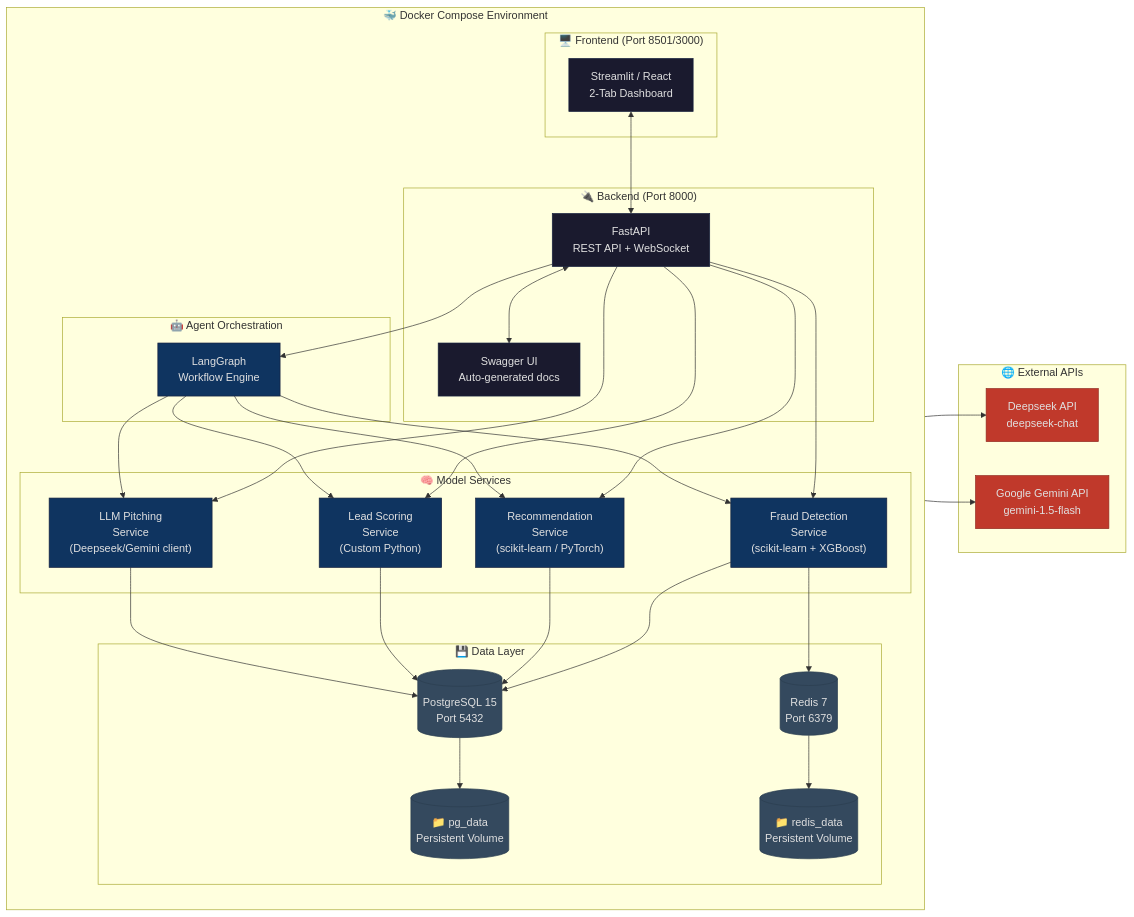
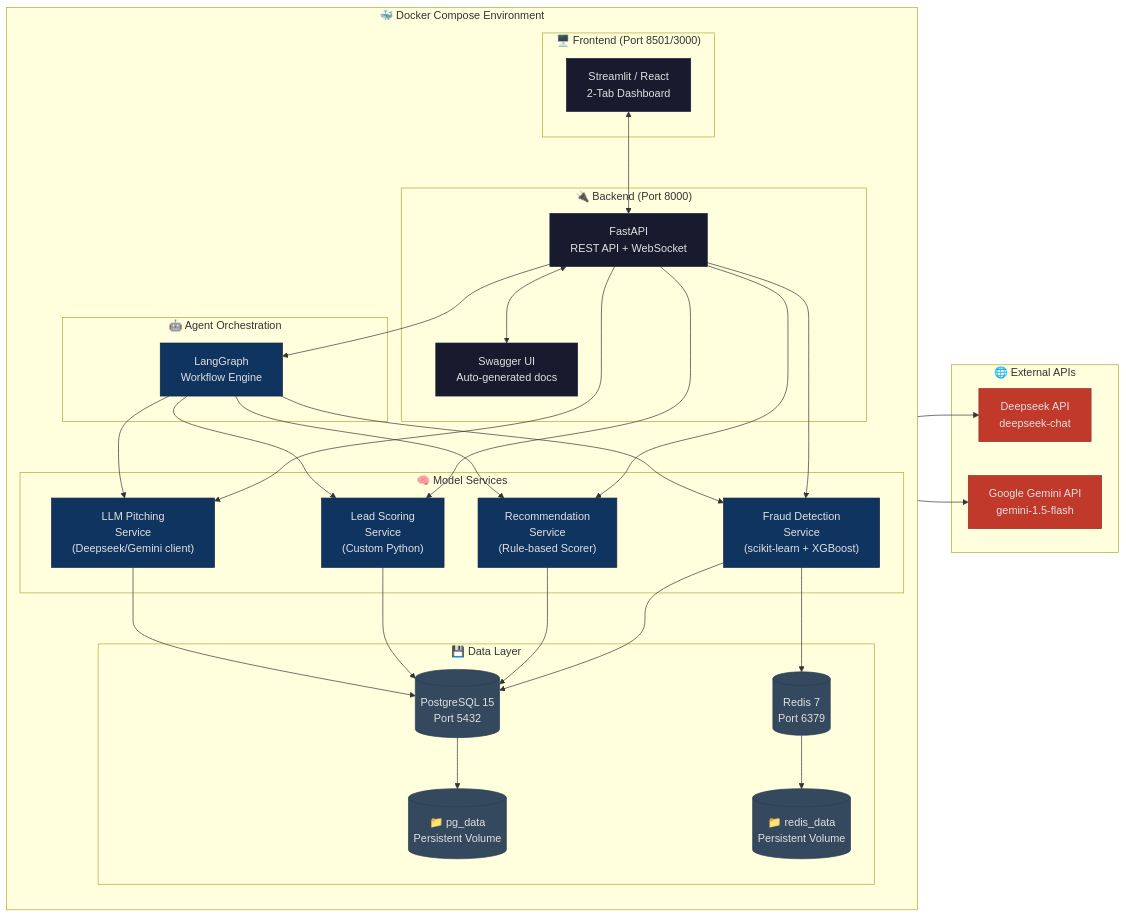
One commit to VietTrQuoc/smart-finance-ai changed the sixth of 7 diagrams in docs/STRUCTURE.md. Above: the diagram before and after it, drawn with Mermaid. The commit also changed other lines of this file and 45 other files, not shown here.

````diff
--- a/docs/STRUCTURE.md
+++ b/docs/STRUCTURE.md
@@ -465,73 +486,73 @@
 ```mermaid
 flowchart LR
     classDef container fill:#1a1a2e,stroke:#16213e,color:#e0e0e0
     classDef service fill:#0f3460,stroke:#16213e,color:#e0e0e0
     classDef external fill:#c0392b,stroke:#922b21,color:#e0e0e0
     classDef volume fill:#34495e,stroke:#2c3e50,color:#e0e0e0
 
     subgraph DOCKER["🐳 Docker Compose Environment"]
         direction TB
 
         subgraph FRONTEND["🖥️ Frontend (Port 8501/3000)"]
             streamlit["Streamlit / React<br/>2-Tab Dashboard"]
         end
 
         subgraph BACKEND["🔌 Backend (Port 8000)"]
             fastapi["FastAPI<br/>REST API + WebSocket"]
             swagger["Swagger UI<br/>Auto-generated docs"]
         end
 
         subgraph MODELS["🧠 Model Services"]
             fraud_svc["Fraud Detection<br/>Service<br/>(scikit-learn + XGBoost)"]
-            rec_svc["Recommendation<br/>Service<br/>(scikit-learn / PyTorch)"]
+            rec_svc["Recommendation<br/>Service<br/>(Rule-based Scorer)"]
             lead_svc["Lead Scoring<br/>Service<br/>(Custom Python)"]
             pitch_svc["LLM Pitching<br/>Service<br/>(Deepseek/Gemini client)"]
         end
 
         subgraph AGENTS["🤖 Agent Orchestration"]
             langgraph["LangGraph<br/>Workflow Engine"]
         end
 
         subgraph DATA["💾 Data Layer"]
             postgres[("PostgreSQL 15<br/>Port 5432")]
             redis[("Redis 7<br/>Port 6379")]
             pg_vol[("📁 pg_data<br/>Persistent Volume")]
             redis_vol[("📁 redis_data<br/>Persistent Volume")]
         end
     end
 
     subgraph EXTERNAL["🌐 External APIs"]
         deepseek["Deepseek API<br/>deepseek-chat"]
         gemini["Google Gemini API<br/>gemini-1.5-flash"]
     end
 
     %% Connections
     streamlit <--> fastapi
     fastapi <--> swagger
     fastapi --> fraud_svc
     fastapi --> rec_svc
     fastapi --> lead_svc
     fastapi --> pitch_svc
     fastapi --> langgraph
 
     fraud_svc --> postgres
     fraud_svc --> redis
     rec_svc --> postgres
     lead_svc --> postgres
     pitch_svc --> postgres
     langgraph --> fraud_svc
     langgraph --> rec_svc
     langgraph --> lead_svc
     langgraph --> pitch_svc
 
     pitch_svc --> deepseek
     pitch_svc --> gemini
 
     postgres --> pg_vol
     redis --> redis_vol
 
     class streamlit,fastapi,swagger container
     class fraud_svc,rec_svc,lead_svc,pitch_svc,langgraph service
     class deepseek,gemini external
     class postgres,redis,pg_vol,redis_vol volume
 ```
````
